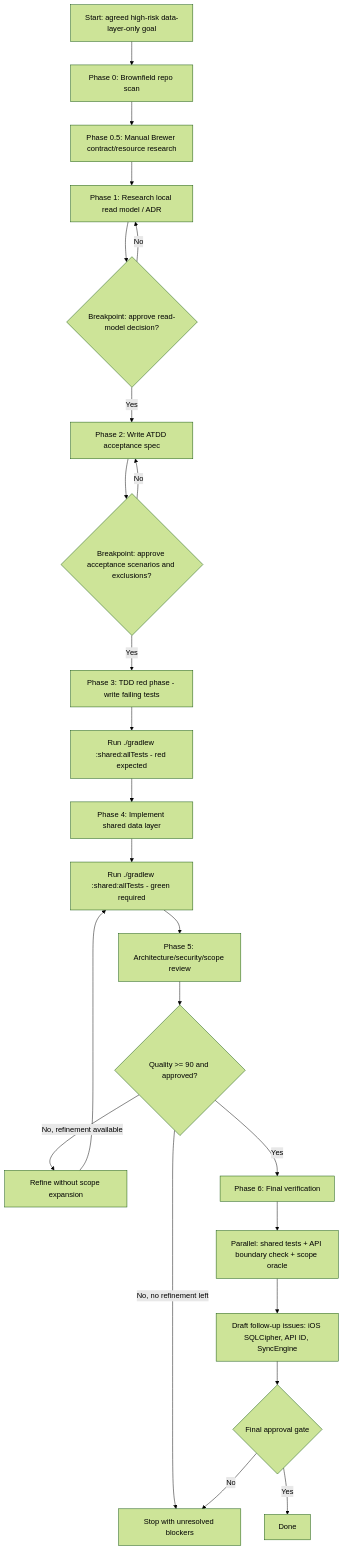
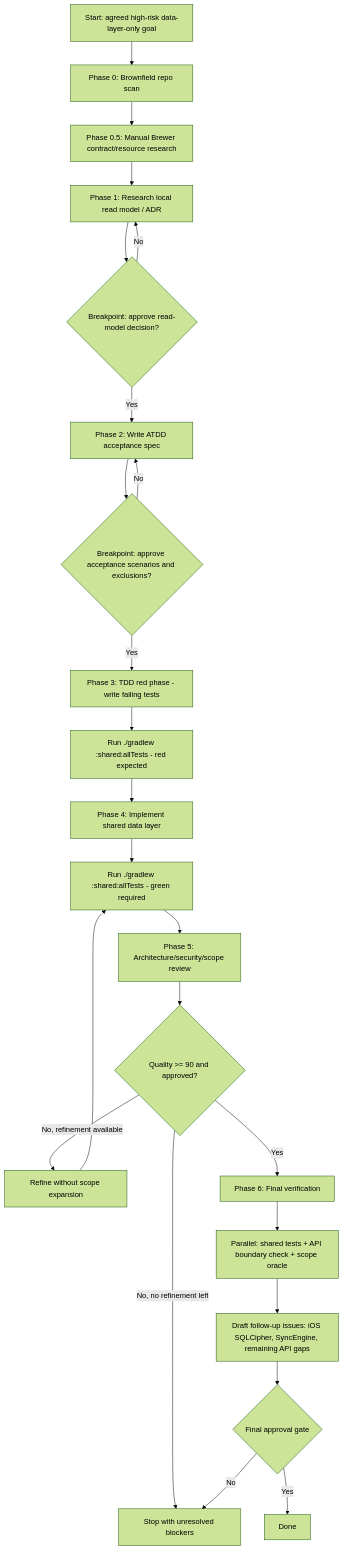
One commit to ybird-labs/cupped_mobile changed the first of 2 diagrams in .a5c/processes/local-first-brew-log-data-layer/local-first-brew-log-data-layer.mermaid.md. Above: the diagram before and after it, drawn with Mermaid (forest theme). The commit also changed other lines of this file and 4 other files, not shown here.

````diff
--- a/.a5c/processes/local-first-brew-log-data-layer/local-first-brew-log-data-layer.mermaid.md
+++ b/.a5c/processes/local-first-brew-log-data-layer/local-first-brew-log-data-layer.mermaid.md
@@ -3,26 +3,26 @@
 ```mermaid
 flowchart TD
     A[Start: agreed high-risk data-layer-only goal] --> B[Phase 0: Brownfield repo scan]
     B --> B2[Phase 0.5: Manual Brewer contract/resource research]
     B2 --> C[Phase 1: Research local read model / ADR]
     C --> D{Breakpoint: approve read-model decision?}
     D -- No --> C
     D -- Yes --> E[Phase 2: Write ATDD acceptance spec]
     E --> F{Breakpoint: approve acceptance scenarios and exclusions?}
     F -- No --> E
     F -- Yes --> G[Phase 3: TDD red phase - write failing tests]
     G --> H[Run ./gradlew :shared:allTests - red expected]
     H --> I[Phase 4: Implement shared data layer]
     I --> J[Run ./gradlew :shared:allTests - green required]
     J --> K[Phase 5: Architecture/security/scope review]
     K --> L{Quality >= 90 and approved?}
     L -- No, refinement available --> M[Refine without scope expansion]
     M --> J
     L -- No, no refinement left --> N[Stop with unresolved blockers]
     L -- Yes --> O[Phase 6: Final verification]
     O --> P[Parallel: shared tests + API boundary check + scope oracle]
-    P --> Q[Draft follow-up issues: iOS SQLCipher, API ID, SyncEngine]
+    P --> Q[Draft follow-up issues: iOS SQLCipher, SyncEngine, remaining API gaps]
     Q --> R{Final approval gate}
     R -- No --> N
     R -- Yes --> S[Done]
 ```
````
